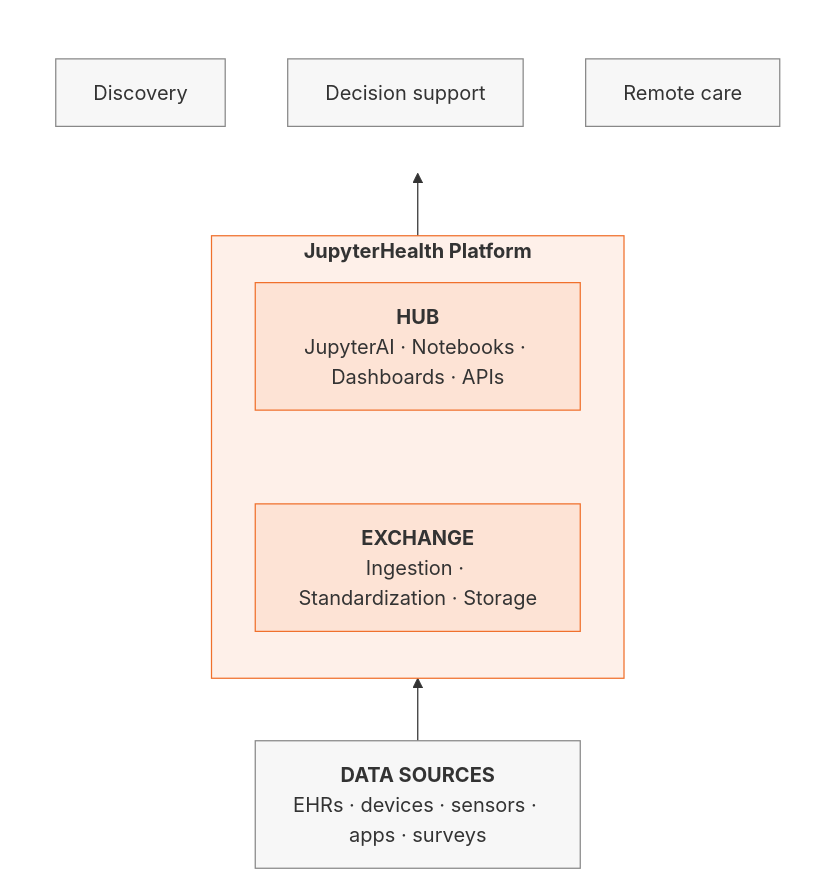
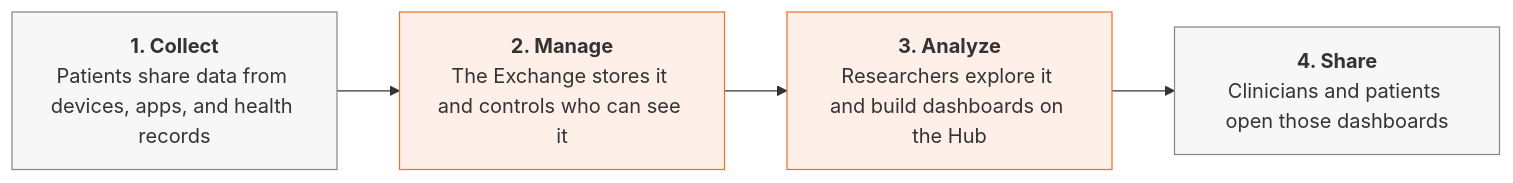
One commit to jupyterhealth/jupyterhealth.github.io changed the diagram in docs/index.md. Above: the diagram before and after it, drawn with Mermaid. The commit also changed other lines of this file and 11 other files, not shown here.

````diff
--- a/docs/index.md
+++ b/docs/index.md
@@ -36,22 +14,13 @@
 ```{mermaid}
-flowchart BT
-  sources["<b>DATA SOURCES</b><br>EHRs · devices · sensors · apps · surveys"]
-  subgraph platform["<b>JupyterHealth Platform</b>"]
-    direction BT
-    exchange["<b>EXCHANGE</b><br>Ingestion · Standardization · Storage"]
-    hub["<b>HUB</b><br>JupyterAI · Notebooks · Dashboards · APIs"]
-    exchange ~~~ hub
-  end
-  subgraph outputs[" "]
-    discovery["Discovery"]
-    decision["Decision support"]
-    care["Remote care"]
-  end
-  sources --> platform --> outputs
+flowchart LR
+  collect["<b>1. Collect</b><br>Patients share data from devices, apps, and health records"]
+  manage["<b>2. Manage</b><br>The Exchange stores it and controls who can see it"]
+  analyze["<b>3. Analyze</b><br>Researchers explore it and build dashboards on the Hub"]
+  share["<b>4. Share</b><br>Clinicians and patients open those dashboards"]
+  collect --> manage --> analyze --> share
   %% Translucent fills so the diagram works in light and dark mode
   classDef jh fill:#f0702c1a,stroke:#f0702c
   classDef neutral fill:#8881,stroke:#888
-  class platform,hub,exchange jh
-  class sources,discovery,decision,care neutral
-  style outputs fill:none,stroke:none
+  class manage,analyze jh
+  class collect,share neutral
 ```
````
